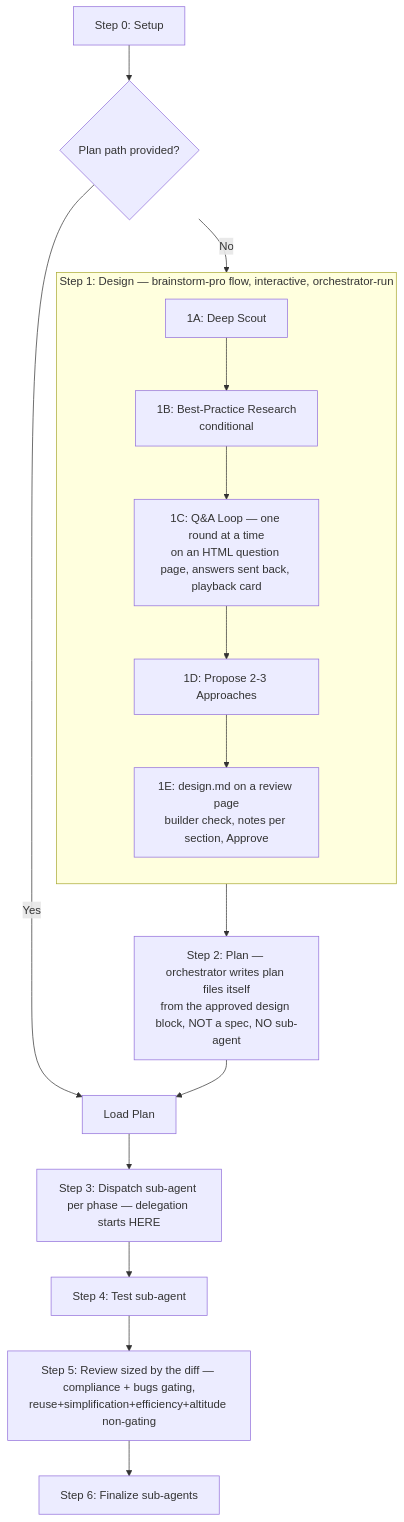
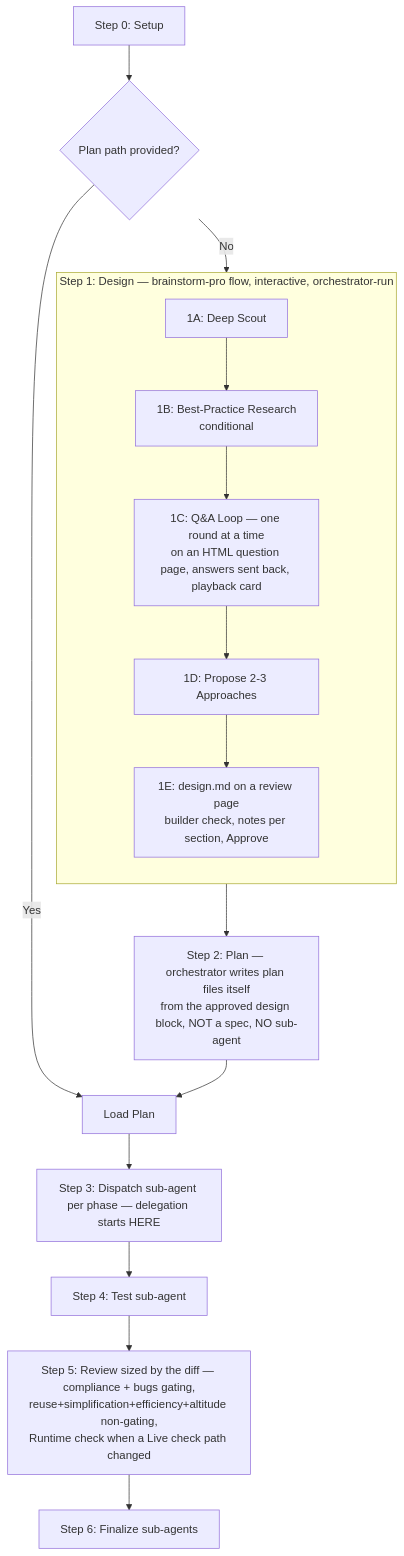
Before and after one commit to dphong1995/skills: the diagram in skills/cook/SKILL.md, drawn with Mermaid. The commit also changed other lines of this file and 4 other files, not shown here.

Commit message:
Phase 1: Add a runtime check to cook's review

````diff
--- a/skills/cook/SKILL.md
+++ b/skills/cook/SKILL.md
@@ -95,19 +95,19 @@
 ```mermaid
 flowchart TD
     A[Step 0: Setup] --> B{Plan path provided?}
     B -->|Yes| F[Load Plan]
     B -->|No| C1
     subgraph S1[Step 1: Design — brainstorm-pro flow, interactive, orchestrator-run]
       direction TB
       C1[1A: Deep Scout] --> C2[1B: Best-Practice Research<br/>conditional]
       C2 --> C3[1C: Q&A Loop — one round at a time<br/>on an HTML question page, answers sent back, playback card]
       C3 --> C4[1D: Propose 2-3 Approaches]
       C4 --> C5[1E: design.md on a review page<br/>builder check, notes per section, Approve]
     end
     C5 --> D[Step 2: Plan — orchestrator writes plan files itself<br/>from the approved design block, NOT a spec, NO sub-agent]
     D --> F
     F --> H[Step 3: Dispatch sub-agent per phase — delegation starts HERE]
     H --> K[Step 4: Test sub-agent]
-    K --> Rev[Step 5: Review sized by the diff — compliance + bugs gating,<br/>reuse+simplification+efficiency+altitude non-gating]
+    K --> Rev[Step 5: Review sized by the diff — compliance + bugs gating,<br/>reuse+simplification+efficiency+altitude non-gating,<br/>Runtime check when a Live check path changed]
     Rev --> L[Step 6: Finalize sub-agents]
 ```
````
